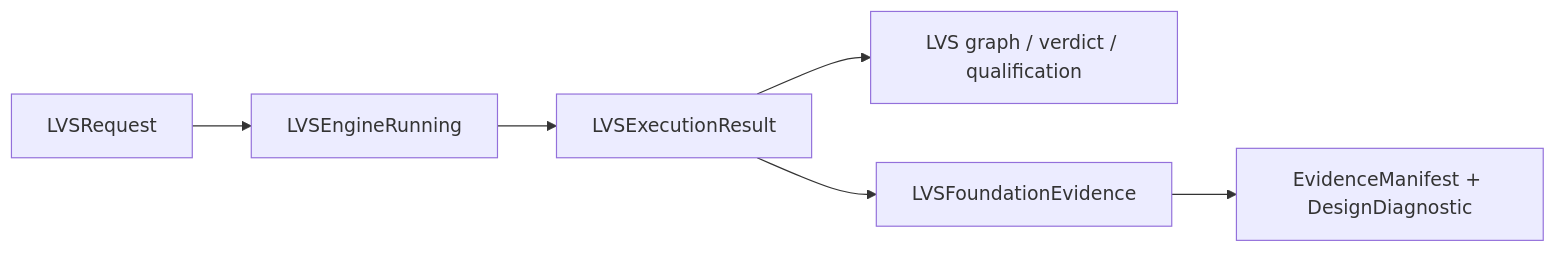
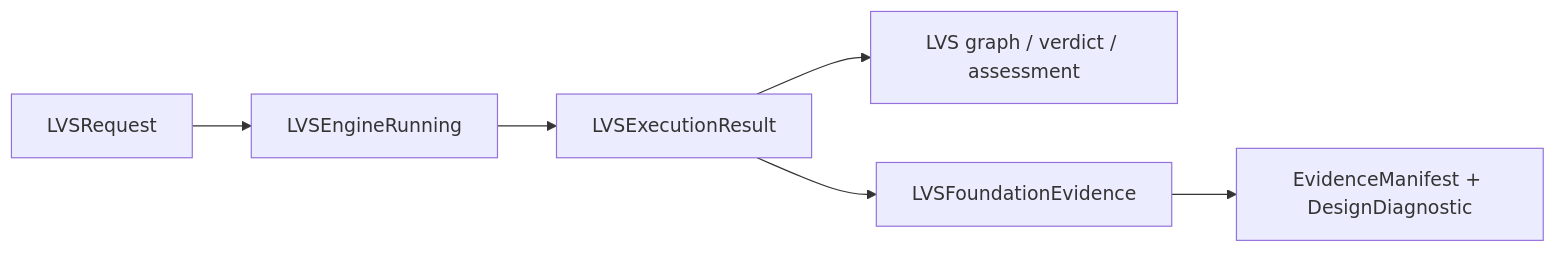
Before and after one commit to 1amageek/LVSEngine: the diagram in README.md, drawn with Mermaid. The commit also changed other lines of this file and 37 other files, not shown here.

Commit message:
Replace LVS self-qualification with assessment evidence

````diff
--- a/README.md
+++ b/README.md
@@ -10,8 +10,8 @@
 ```mermaid
 flowchart LR
     Request["LVSRequest"] --> Engine["LVSEngineRunning"]
     Engine --> Result["LVSExecutionResult"]
-    Result --> Domain["LVS graph / verdict / qualification"]
+    Result --> Domain["LVS graph / verdict / assessment"]
     Result --> Boundary["LVSFoundationEvidence"]
     Boundary --> Foundation["EvidenceManifest + DesignDiagnostic"]
 ```
````
